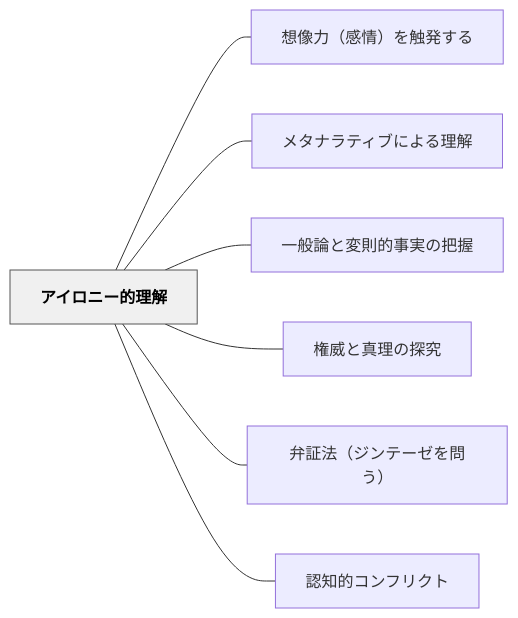
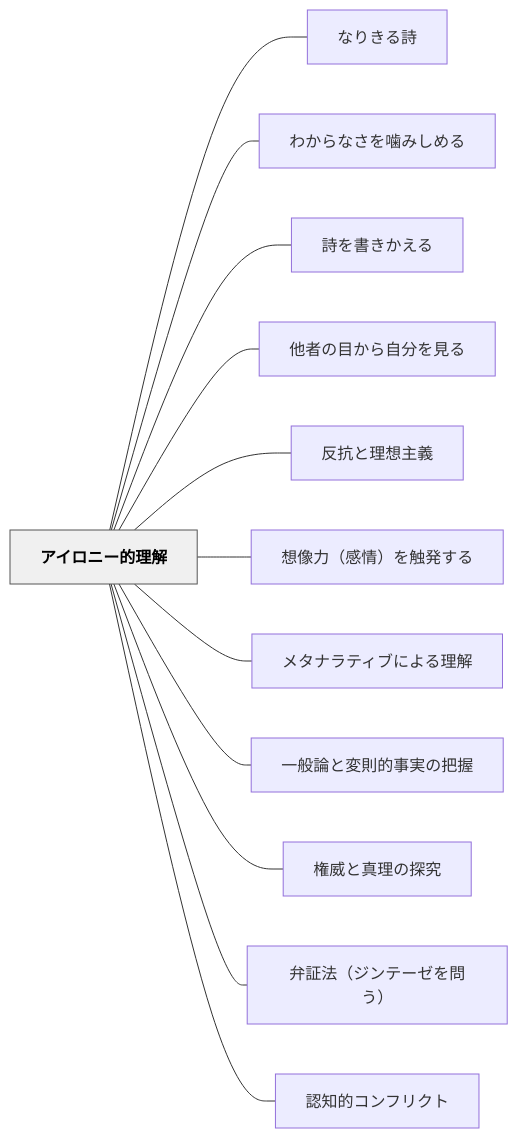
Before and after one commit to unknownthings-ed-patterns/unknownthings-ed-patterns: the diagram in content/パタン/アイロニー的理解.md, drawn with Mermaid. The commit also changed other lines of this file and 473 other files, not shown here.

````diff
--- a/content/パタン/アイロニー的理解.md
+++ b/content/パタン/アイロニー的理解.md
@@ -49,20 +54,30 @@
 ```mermaid
 flowchart LR
     ne382a2e382a4["アイロニー的理解"]
+    ne381aae3828a["なりきる詩"]
+    ne3828fe3818b["わからなさを噛みしめる"]
+    ne8a9a9e38292["詩を書きかえる"]
+    ne4bb96e88085["他者の目から自分を見る"]
+    ne58f8de68a97["反抗と理想主義"]
     ne683b3e5838f["想像力（感情）を触発する"]
     ne383a1e382bf["メタナラティブによる理解"]
     ne4b880e888ac["一般論と変則的事実の把握"]
     ne6a8a9e5a881["権威と真理の探究"]
     ne5bc81e8a8bc["弁証法（ジンテーゼを問う）"]
     ne8aa8de79fa5["認知的コンフリクト"]
 
+    ne382a2e382a4 --- ne381aae3828a
+    ne382a2e382a4 --- ne3828fe3818b
+    ne382a2e382a4 --- ne8a9a9e38292
+    ne382a2e382a4 --- ne4bb96e88085
+    ne382a2e382a4 --- ne58f8de68a97
     ne382a2e382a4 --- ne683b3e5838f
     ne382a2e382a4 --- ne383a1e382bf
     ne382a2e382a4 --- ne4b880e888ac
     ne382a2e382a4 --- ne6a8a9e5a881
     ne382a2e382a4 --- ne5bc81e8a8bc
     ne382a2e382a4 --- ne8aa8de79fa5
 
     classDef hub fill:#f0f0f0,stroke:#555,color:#000,font-weight:bold
     class ne382a2e382a4 hub
 ```
````
